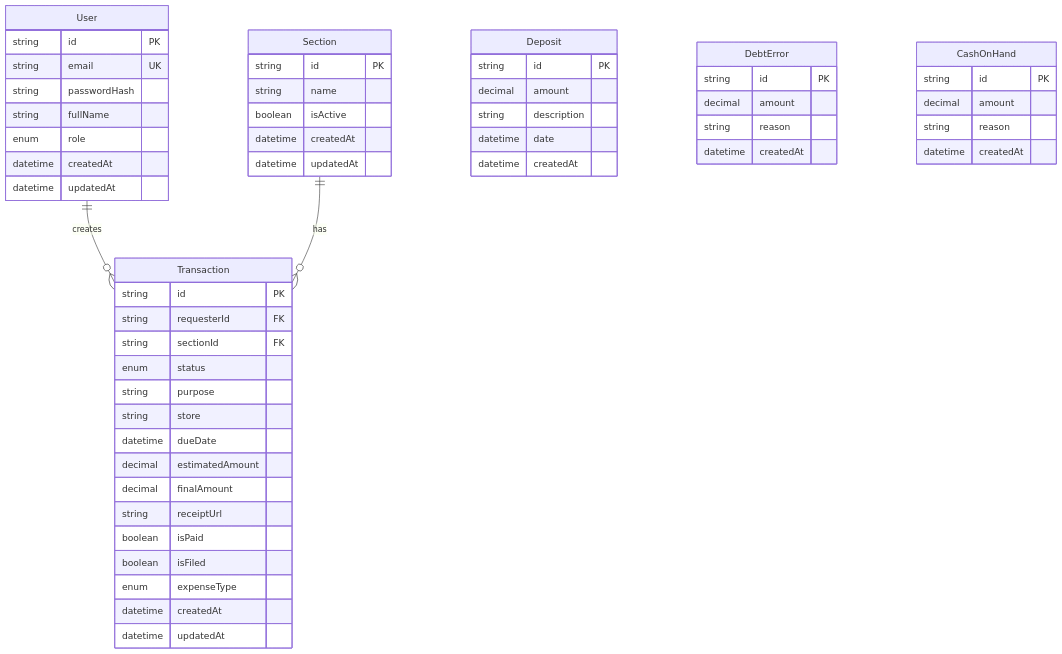
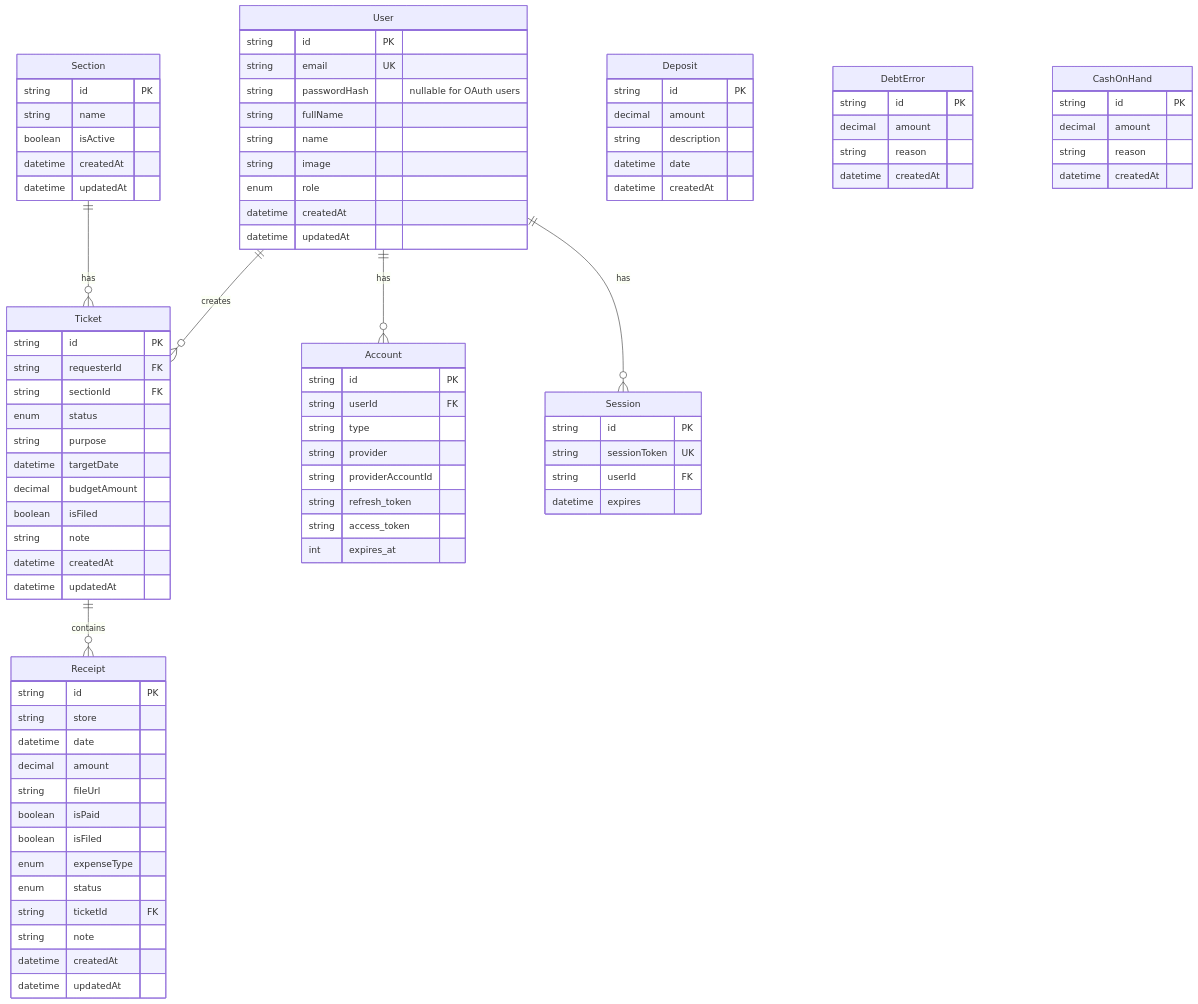
The fourth of 8 diagrams in docs/TECHNICAL_DOCUMENTATION.md (fandap42/uctenky-app), drawn with Mermaid before and after one commit. The commit also changed other lines of this file and 3 other files, not shown here.

````diff
--- a/docs/TECHNICAL_DOCUMENTATION.md
+++ b/docs/TECHNICAL_DOCUMENTATION.md
@@ -151,16 +158,39 @@
 ```mermaid
 erDiagram
-    User ||--o{ Transaction : creates
-    Section ||--o{ Transaction : has
+    User ||--o{ Ticket : creates
+    User ||--o{ Account : has
+    User ||--o{ Session : has
+    Section ||--o{ Ticket : has
+    Ticket ||--o{ Receipt : contains
     
     User {
         string id PK
         string email UK
-        string passwordHash
+        string passwordHash "nullable for OAuth users"
         string fullName
+        string name
+        string image
         enum role
         datetime createdAt
         datetime updatedAt
+    }
+    
+    Account {
+        string id PK
+        string userId FK
+        string type
+        string provider
+        string providerAccountId
+        string refresh_token
+        string access_token
+        int expires_at
+    }
+    
+    Session {
+        string id PK
+        string sessionToken UK
+        string userId FK
+        datetime expires
     }
     
     Section {
@@ -171,20 +201,32 @@
         datetime updatedAt
     }
     
-    Transaction {
+    Ticket {
         string id PK
         string requesterId FK
         string sectionId FK
         enum status
         string purpose
+        datetime targetDate
+        decimal budgetAmount
+        boolean isFiled
+        string note
+        datetime createdAt
+        datetime updatedAt
+    }
+    
+    Receipt {
+        string id PK
         string store
-        datetime dueDate
-        decimal estimatedAmount
-        decimal finalAmount
-        string receiptUrl
+        datetime date
+        decimal amount
+        string fileUrl
         boolean isPaid
         boolean isFiled
         enum expenseType
+        enum status
+        string ticketId FK
+        string note
         datetime createdAt
         datetime updatedAt
     }
````
